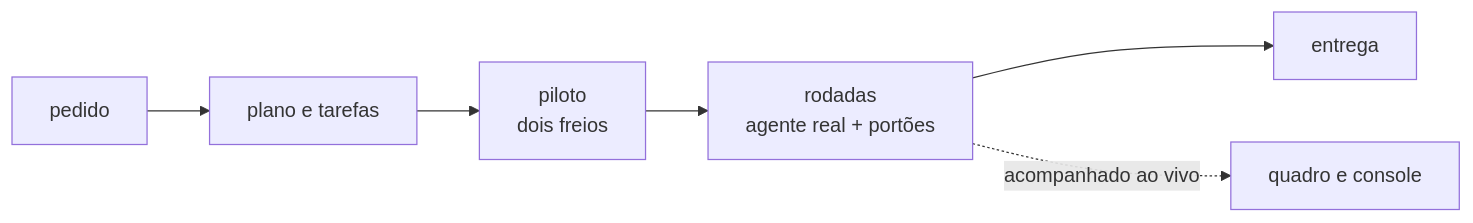
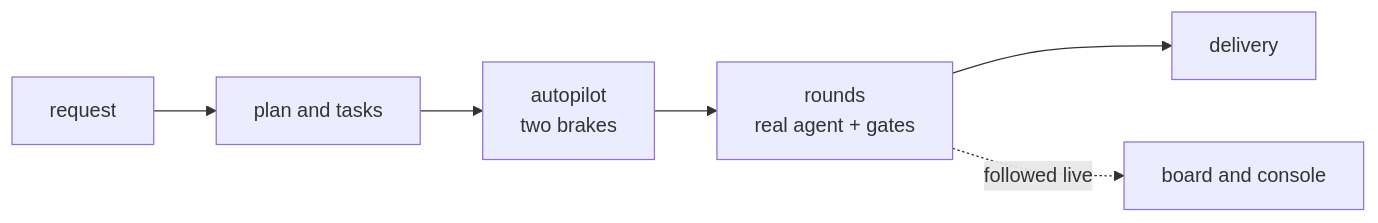
Before and after one commit to enzoconsulo/factory-tcc: the diagram in docs/tasks/en/E7-dashboard-and-automation/FAB-708-milestone-e7-a-whole-project-no-intervention-follo.md, drawn with Mermaid. The commit also changed other lines of this file and 52 other files, not shown here.

````diff
--- a/docs/tasks/en/E7-dashboard-and-automation/FAB-708-milestone-e7-a-whole-project-no-intervention-follo.md
+++ b/docs/tasks/en/E7-dashboard-and-automation/FAB-708-milestone-e7-a-whole-project-no-intervention-follo.md
@@ -11,8 +11,8 @@
 ```mermaid
 flowchart LR
-  P["pedido"] --> PL["plano e tarefas"]
-  PL --> A["piloto<br/>dois freios"]
-  A --> R["rodadas<br/>agente real + portões"]
-  R --> E["entrega"]
-  R -. "acompanhado ao vivo" .-> T["quadro e console"]
+  P["request"] --> PL["plan and tasks"]
+  PL --> A["autopilot<br/>two brakes"]
+  A --> R["rounds<br/>real agent + gates"]
+  R --> E["delivery"]
+  R -. "followed live" .-> T["board and console"]
 ```
````
